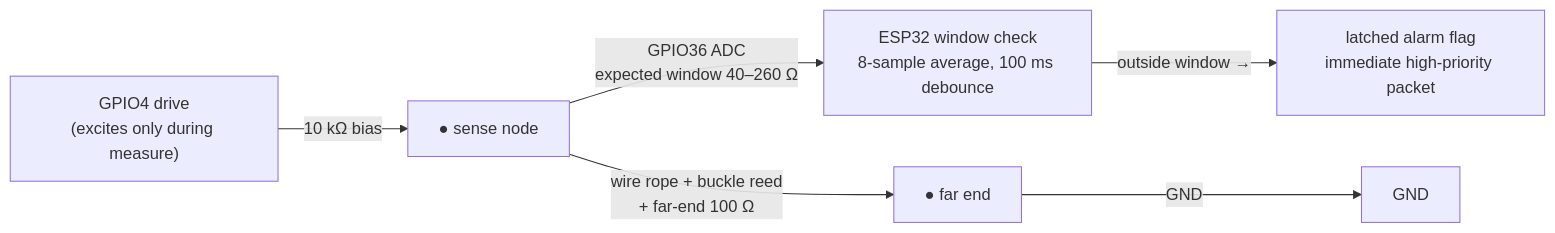
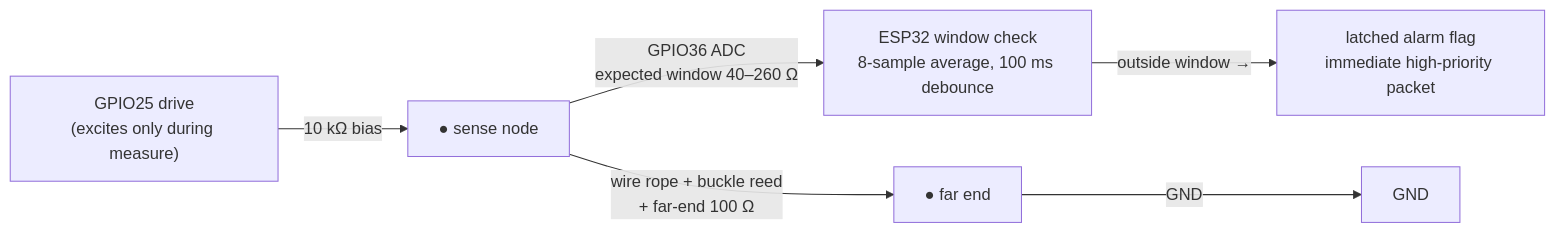
Before and after one commit to qppd/smart-collar: the second of 2 diagrams in docs/BLOCK-DIAGRAM.md, drawn with Mermaid. The commit also changed other lines of this file and 7 other files, not shown here.

First line of the commit message:
Fix T-Beam v2.x pin conflicts: hall GPIO34→13, loop drive GPIO4→25, radio SX1276→SX1278 (433 MHz)

````diff
--- a/docs/BLOCK-DIAGRAM.md
+++ b/docs/BLOCK-DIAGRAM.md
@@ -57,8 +57,8 @@
 ```mermaid
 flowchart LR
-    G4["GPIO4 drive<br/>(excites only during measure)"] -- "10 kΩ bias" --> NODE["● sense node"]
+    G25["GPIO25 drive<br/>(excites only during measure)"] -- "10 kΩ bias" --> NODE["● sense node"]
     NODE -- "GPIO36 ADC<br/>expected window 40–260 Ω" --> ESP["ESP32 window check<br/>8-sample average, 100 ms debounce"]
     NODE -- "wire rope + buckle reed<br/>+ far-end 100 Ω" --> FAR["● far end"]
     FAR -- "GND" --> GND["GND"]
     ESP -- "outside window →" --> LATCH["latched alarm flag<br/>immediate high-priority packet"]
 ```
````
